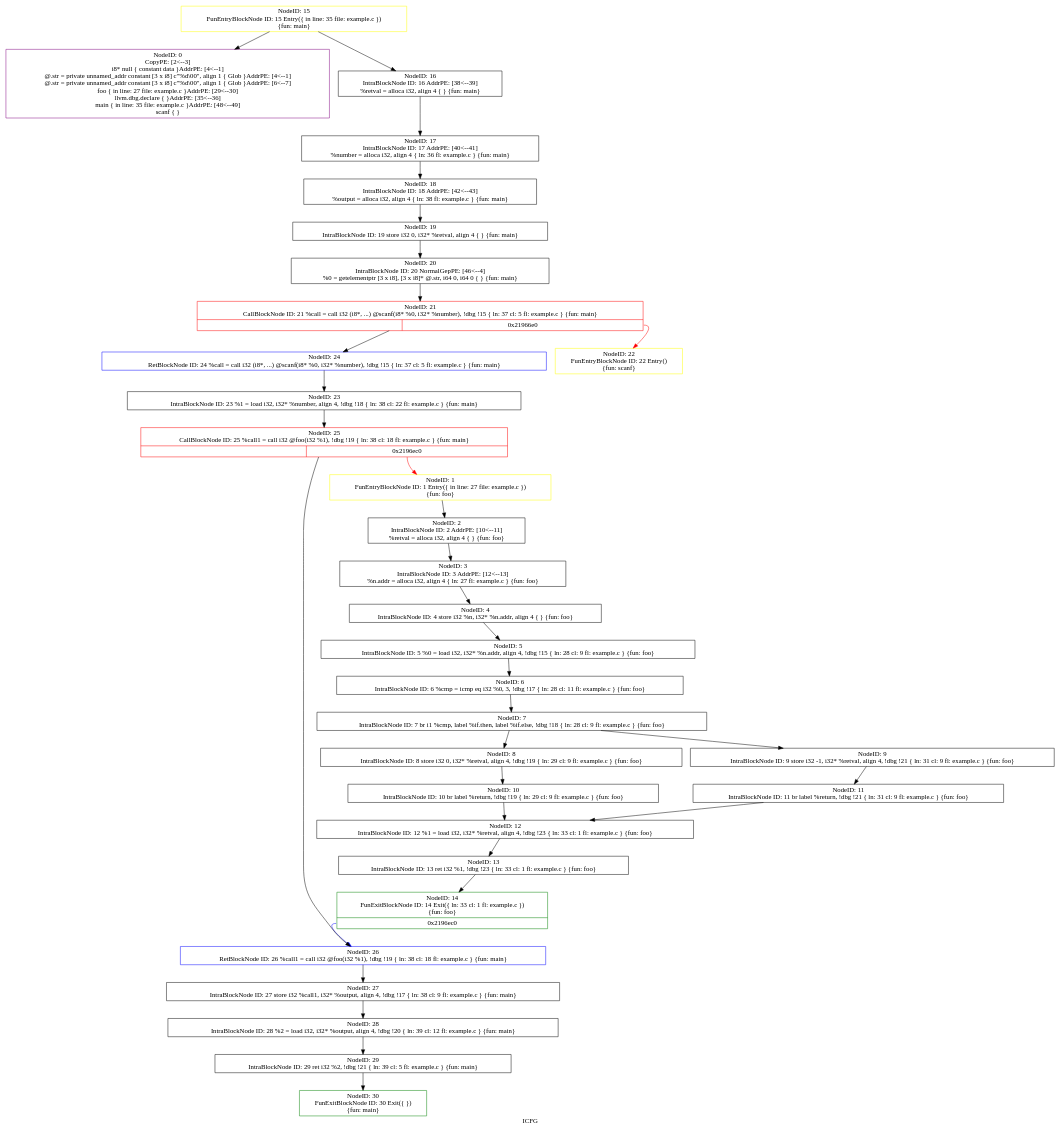
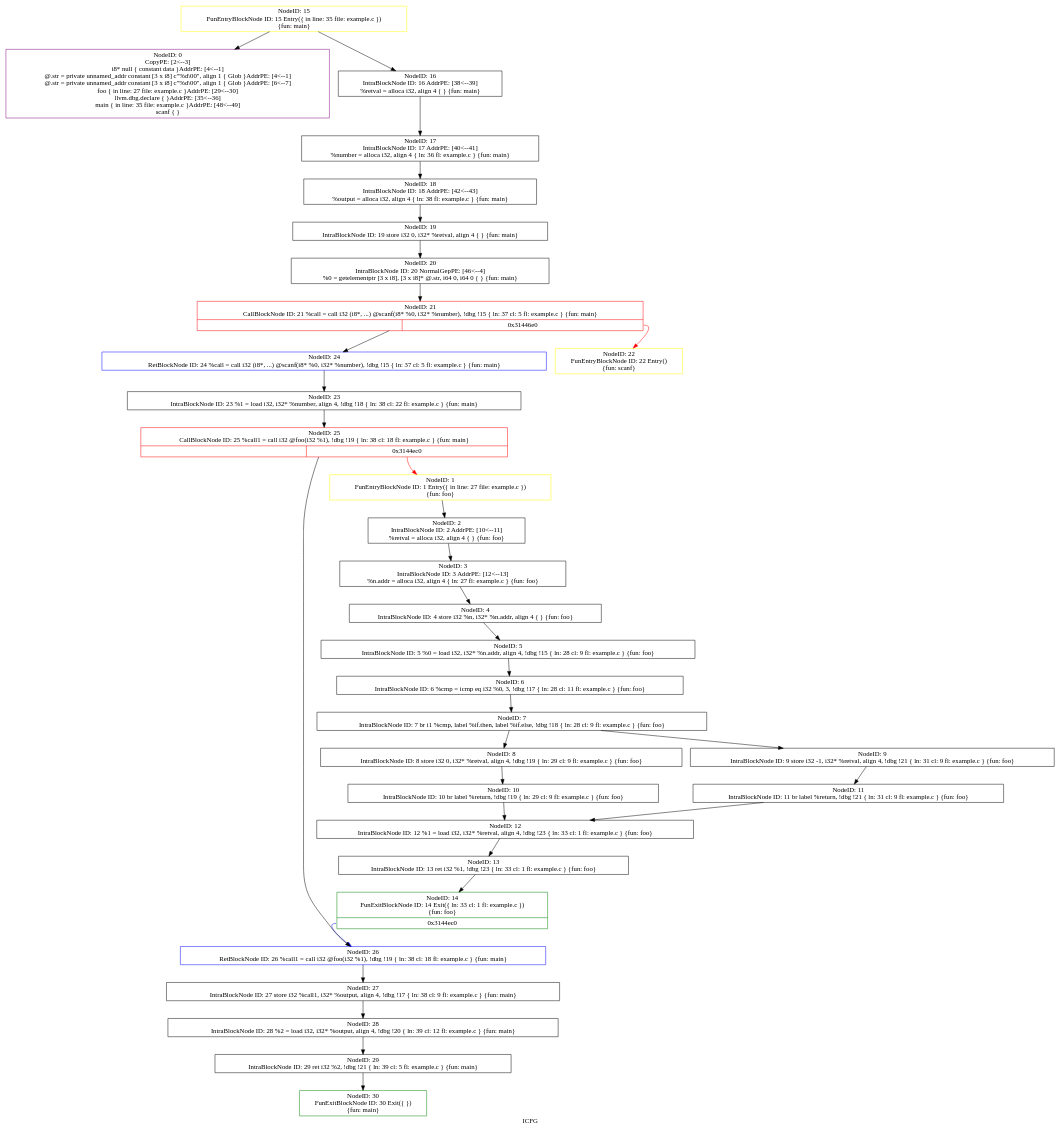
One commit to triciadang/symbolicexecutionsvf changed the diagram in icfg.dot. Above: the diagram before and after it, drawn with Graphviz. The commit also changed 4 other files, not shown here.

Commit message:
Implemented load and icmp for integer variables

```diff
--- a/icfg.dot
+++ b/icfg.dot
@@ -1,67 +1,67 @@
 digraph "ICFG" {
 	label="ICFG";
 
-	Node0x21ab0c0 [shape=record,color=green,label="{NodeID: 30\nFunExitBlockNode ID: 30 Exit(\{  \})\n \{fun: main\}}"];
-	Node0x21aad00 [shape=record,color=black,label="{NodeID: 29\nIntraBlockNode ID: 29      ret i32 %2, !dbg !21 \{ ln: 39  cl: 5  fl: example.c \}    \{fun: main\}}"];
-	Node0x21aad00 -> Node0x21ab0c0[style=solid];
-	Node0x21a8ca0 [shape=record,color=black,label="{NodeID: 12\nIntraBlockNode ID: 12      %1 = load i32, i32* %retval, align 4, !dbg !23 \{ ln: 33  cl: 1  fl: example.c \}    \{fun: foo\}}"];
-	Node0x21a8ca0 -> Node0x21a8f20[style=solid];
-	Node0x21a8ac0 [shape=record,color=black,label="{NodeID: 11\nIntraBlockNode ID: 11      br label %return, !dbg !21 \{ ln: 31  cl: 9  fl: example.c \}    \{fun: foo\}}"];
-	Node0x21a8ac0 -> Node0x21a8ca0[style=solid];
-	Node0x21a88e0 [shape=record,color=black,label="{NodeID: 10\nIntraBlockNode ID: 10      br label %return, !dbg !19 \{ ln: 29  cl: 9  fl: example.c \}    \{fun: foo\}}"];
-	Node0x21a88e0 -> Node0x21a8ca0[style=solid];
-	Node0x21a8700 [shape=record,color=black,label="{NodeID: 9\nIntraBlockNode ID: 9      store i32 -1, i32* %retval, align 4, !dbg !21 \{ ln: 31  cl: 9  fl: example.c \}    \{fun: foo\}}"];
-	Node0x21a8700 -> Node0x21a8ac0[style=solid];
-	Node0x21a8570 [shape=record,color=black,label="{NodeID: 8\nIntraBlockNode ID: 8      store i32 0, i32* %retval, align 4, !dbg !19 \{ ln: 29  cl: 9  fl: example.c \}    \{fun: foo\}}"];
-	Node0x21a8570 -> Node0x21a88e0[style=solid];
-	Node0x21a8430 [shape=record,color=black,label="{NodeID: 7\nIntraBlockNode ID: 7      br i1 %cmp, label %if.then, label %if.else, !dbg !18 \{ ln: 28  cl: 9  fl: example.c \}    \{fun: foo\}}"];
-	Node0x21a8430 -> Node0x21a8570[style=solid];
-	Node0x21a8430 -> Node0x21a8700[style=solid];
-	Node0x21a8310 [shape=record,color=black,label="{NodeID: 6\nIntraBlockNode ID: 6      %cmp = icmp eq i32 %0, 3, !dbg !17 \{ ln: 28  cl: 11  fl: example.c \}    \{fun: foo\}}"];
-	Node0x21a8310 -> Node0x21a8430[style=solid];
-	Node0x21a81f0 [shape=record,color=black,label="{NodeID: 5\nIntraBlockNode ID: 5      %0 = load i32, i32* %n.addr, align 4, !dbg !15 \{ ln: 28  cl: 9  fl: example.c \}    \{fun: foo\}}"];
-	Node0x21a81f0 -> Node0x21a8310[style=solid];
-	Node0x21a80f0 [shape=record,color=black,label="{NodeID: 4\nIntraBlockNode ID: 4      store i32 %n, i32* %n.addr, align 4 \{  \}    \{fun: foo\}}"];
-	Node0x21a80f0 -> Node0x21a81f0[style=solid];
-	Node0x21a7ff0 [shape=record,color=black,label="{NodeID: 3\nIntraBlockNode ID: 3   AddrPE: [12\<--13]  \n   %n.addr = alloca i32, align 4 \{ ln: 27 fl: example.c \} \{fun: foo\}}"];
-	Node0x21a7ff0 -> Node0x21a80f0[style=solid];
-	Node0x21a7dc0 [shape=record,color=black,label="{NodeID: 2\nIntraBlockNode ID: 2   AddrPE: [10\<--11]  \n   %retval = alloca i32, align 4 \{  \} \{fun: foo\}}"];
-	Node0x21a7dc0 -> Node0x21a7ff0[style=solid];
-	Node0x21a7c60 [shape=record,color=yellow,label="{NodeID: 1\nFunEntryBlockNode ID: 1 Entry(\{ in line: 27 file: example.c \})\n \{fun: foo\}}"];
-	Node0x21a7c60 -> Node0x21a7dc0[style=solid];
-	Node0x2198140 [shape=record,color=purple,label="{NodeID: 0\nCopyPE: [2\<--3]  \n i8* null \{ constant data \}AddrPE: [4\<--1]  \n @.str = private unnamed_addr constant [3 x i8] c\"%d\\00\", align 1 \{ Glob  \}AddrPE: [4\<--1]  \n @.str = private unnamed_addr constant [3 x i8] c\"%d\\00\", align 1 \{ Glob  \}AddrPE: [6\<--7]  \n foo \{ in line: 27 file: example.c \}AddrPE: [29\<--30]  \n llvm.dbg.declare \{  \}AddrPE: [35\<--36]  \n main \{ in line: 35 file: example.c \}AddrPE: [48\<--49]  \n scanf \{  \}}"];
-	Node0x21a8f20 [shape=record,color=black,label="{NodeID: 13\nIntraBlockNode ID: 13      ret i32 %1, !dbg !23 \{ ln: 33  cl: 1  fl: example.c \}    \{fun: foo\}}"];
-	Node0x21a8f20 -> Node0x21a91f0[style=solid];
-	Node0x21a91f0 [shape=record,color=green,label="{NodeID: 14\nFunExitBlockNode ID: 14 Exit(\{ ln: 33  cl: 1  fl: example.c \})\n \{fun: foo\}|{<s0>0x2196ec0}}"];
-	Node0x21a91f0:s0 -> Node0x21aa680[style=solid,color=blue];
-	Node0x21a93c0 [shape=record,color=yellow,label="{NodeID: 15\nFunEntryBlockNode ID: 15 Entry(\{ in line: 35 file: example.c \})\n \{fun: main\}}"];
-	Node0x21a93c0 -> Node0x2198140[style=solid];
-	Node0x21a93c0 -> Node0x21a94f0[style=solid];
-	Node0x21a94f0 [shape=record,color=black,label="{NodeID: 16\nIntraBlockNode ID: 16   AddrPE: [38\<--39]  \n   %retval = alloca i32, align 4 \{  \} \{fun: main\}}"];
-	Node0x21a94f0 -> Node0x21a96b0[style=solid];
-	Node0x21a96b0 [shape=record,color=black,label="{NodeID: 17\nIntraBlockNode ID: 17   AddrPE: [40\<--41]  \n   %number = alloca i32, align 4 \{ ln: 36 fl: example.c \} \{fun: main\}}"];
-	Node0x21a96b0 -> Node0x21a9960[style=solid];
-	Node0x21a9960 [shape=record,color=black,label="{NodeID: 18\nIntraBlockNode ID: 18   AddrPE: [42\<--43]  \n   %output = alloca i32, align 4 \{ ln: 38 fl: example.c \} \{fun: main\}}"];
-	Node0x21a9960 -> Node0x21a9b20[style=solid];
-	Node0x21a9b20 [shape=record,color=black,label="{NodeID: 19\nIntraBlockNode ID: 19      store i32 0, i32* %retval, align 4 \{  \}    \{fun: main\}}"];
-	Node0x21a9b20 -> Node0x21a9ce0[style=solid];
-	Node0x21a9ce0 [shape=record,color=black,label="{NodeID: 20\nIntraBlockNode ID: 20   NormalGepPE: [46\<--4]  \n   %0 = getelementptr [3 x i8], [3 x i8]* @.str, i64 0, i64 0 \{  \} \{fun: main\}}"];
-	Node0x21a9ce0 -> Node0x2198ad0[style=solid];
-	Node0x2198ad0 [shape=record,color=red,label="{NodeID: 21\nCallBlockNode ID: 21   %call = call i32 (i8*, ...) @scanf(i8* %0, i32* %number), !dbg !15 \{ ln: 37  cl: 5  fl: example.c \} \{fun: main\}|{|<s1>0x21966e0}}"];
-	Node0x2198ad0 -> Node0x21aa2b0[style=solid];
-	Node0x2198ad0:s1 -> Node0x21a9f00[style=solid,color=red];
-	Node0x21a9f00 [shape=record,color=yellow,label="{NodeID: 22\nFunEntryBlockNode ID: 22 Entry()\n \{fun: scanf\}}"];
-	Node0x21aa190 [shape=record,color=black,label="{NodeID: 23\nIntraBlockNode ID: 23      %1 = load i32, i32* %number, align 4, !dbg !18 \{ ln: 38  cl: 22  fl: example.c \}    \{fun: main\}}"];
-	Node0x21aa190 -> Node0x218ec90[style=solid];
-	Node0x21aa2b0 [shape=record,color=blue,label="{NodeID: 24\nRetBlockNode ID: 24   %call = call i32 (i8*, ...) @scanf(i8* %0, i32* %number), !dbg !15 \{ ln: 37  cl: 5  fl: example.c \} \{fun: main\}}"];
-	Node0x21aa2b0 -> Node0x21aa190[style=solid];
-	Node0x218ec90 [shape=record,color=red,label="{NodeID: 25\nCallBlockNode ID: 25   %call1 = call i32 @foo(i32 %1), !dbg !19 \{ ln: 38  cl: 18  fl: example.c \} \{fun: main\}|{|<s1>0x2196ec0}}"];
-	Node0x218ec90 -> Node0x21aa680[style=solid];
-	Node0x218ec90:s1 -> Node0x21a7c60[style=solid,color=red];
-	Node0x21aa680 [shape=record,color=blue,label="{NodeID: 26\nRetBlockNode ID: 26   %call1 = call i32 @foo(i32 %1), !dbg !19 \{ ln: 38  cl: 18  fl: example.c \} \{fun: main\}}"];
-	Node0x21aa680 -> Node0x21aa8e0[style=solid];
-	Node0x21aa8e0 [shape=record,color=black,label="{NodeID: 27\nIntraBlockNode ID: 27      store i32 %call1, i32* %output, align 4, !dbg !17 \{ ln: 38  cl: 9  fl: example.c \}    \{fun: main\}}"];
-	Node0x21aa8e0 -> Node0x21aab40[style=solid];
-	Node0x21aab40 [shape=record,color=black,label="{NodeID: 28\nIntraBlockNode ID: 28      %2 = load i32, i32* %output, align 4, !dbg !20 \{ ln: 39  cl: 12  fl: example.c \}    \{fun: main\}}"];
-	Node0x21aab40 -> Node0x21aad00[style=solid];
+	Node0x31590c0 [shape=record,color=green,label="{NodeID: 30\nFunExitBlockNode ID: 30 Exit(\{  \})\n \{fun: main\}}"];
+	Node0x3158d00 [shape=record,color=black,label="{NodeID: 29\nIntraBlockNode ID: 29      ret i32 %2, !dbg !21 \{ ln: 39  cl: 5  fl: example.c \}    \{fun: main\}}"];
+	Node0x3158d00 -> Node0x31590c0[style=solid];
+	Node0x3156ca0 [shape=record,color=black,label="{NodeID: 12\nIntraBlockNode ID: 12      %1 = load i32, i32* %retval, align 4, !dbg !23 \{ ln: 33  cl: 1  fl: example.c \}    \{fun: foo\}}"];
+	Node0x3156ca0 -> Node0x3156f20[style=solid];
+	Node0x3156ac0 [shape=record,color=black,label="{NodeID: 11\nIntraBlockNode ID: 11      br label %return, !dbg !21 \{ ln: 31  cl: 9  fl: example.c \}    \{fun: foo\}}"];
+	Node0x3156ac0 -> Node0x3156ca0[style=solid];
+	Node0x31568e0 [shape=record,color=black,label="{NodeID: 10\nIntraBlockNode ID: 10      br label %return, !dbg !19 \{ ln: 29  cl: 9  fl: example.c \}    \{fun: foo\}}"];
+	Node0x31568e0 -> Node0x3156ca0[style=solid];
+	Node0x3156700 [shape=record,color=black,label="{NodeID: 9\nIntraBlockNode ID: 9      store i32 -1, i32* %retval, align 4, !dbg !21 \{ ln: 31  cl: 9  fl: example.c \}    \{fun: foo\}}"];
+	Node0x3156700 -> Node0x3156ac0[style=solid];
+	Node0x3156570 [shape=record,color=black,label="{NodeID: 8\nIntraBlockNode ID: 8      store i32 0, i32* %retval, align 4, !dbg !19 \{ ln: 29  cl: 9  fl: example.c \}    \{fun: foo\}}"];
+	Node0x3156570 -> Node0x31568e0[style=solid];
+	Node0x3156430 [shape=record,color=black,label="{NodeID: 7\nIntraBlockNode ID: 7      br i1 %cmp, label %if.then, label %if.else, !dbg !18 \{ ln: 28  cl: 9  fl: example.c \}    \{fun: foo\}}"];
+	Node0x3156430 -> Node0x3156570[style=solid];
+	Node0x3156430 -> Node0x3156700[style=solid];
+	Node0x3156310 [shape=record,color=black,label="{NodeID: 6\nIntraBlockNode ID: 6      %cmp = icmp eq i32 %0, 3, !dbg !17 \{ ln: 28  cl: 11  fl: example.c \}    \{fun: foo\}}"];
+	Node0x3156310 -> Node0x3156430[style=solid];
+	Node0x31561f0 [shape=record,color=black,label="{NodeID: 5\nIntraBlockNode ID: 5      %0 = load i32, i32* %n.addr, align 4, !dbg !15 \{ ln: 28  cl: 9  fl: example.c \}    \{fun: foo\}}"];
+	Node0x31561f0 -> Node0x3156310[style=solid];
+	Node0x31560f0 [shape=record,color=black,label="{NodeID: 4\nIntraBlockNode ID: 4      store i32 %n, i32* %n.addr, align 4 \{  \}    \{fun: foo\}}"];
+	Node0x31560f0 -> Node0x31561f0[style=solid];
+	Node0x3155ff0 [shape=record,color=black,label="{NodeID: 3\nIntraBlockNode ID: 3   AddrPE: [12\<--13]  \n   %n.addr = alloca i32, align 4 \{ ln: 27 fl: example.c \} \{fun: foo\}}"];
+	Node0x3155ff0 -> Node0x31560f0[style=solid];
+	Node0x3155dc0 [shape=record,color=black,label="{NodeID: 2\nIntraBlockNode ID: 2   AddrPE: [10\<--11]  \n   %retval = alloca i32, align 4 \{  \} \{fun: foo\}}"];
+	Node0x3155dc0 -> Node0x3155ff0[style=solid];
+	Node0x3155c60 [shape=record,color=yellow,label="{NodeID: 1\nFunEntryBlockNode ID: 1 Entry(\{ in line: 27 file: example.c \})\n \{fun: foo\}}"];
+	Node0x3155c60 -> Node0x3155dc0[style=solid];
+	Node0x3146140 [shape=record,color=purple,label="{NodeID: 0\nCopyPE: [2\<--3]  \n i8* null \{ constant data \}AddrPE: [4\<--1]  \n @.str = private unnamed_addr constant [3 x i8] c\"%d\\00\", align 1 \{ Glob  \}AddrPE: [4\<--1]  \n @.str = private unnamed_addr constant [3 x i8] c\"%d\\00\", align 1 \{ Glob  \}AddrPE: [6\<--7]  \n foo \{ in line: 27 file: example.c \}AddrPE: [29\<--30]  \n llvm.dbg.declare \{  \}AddrPE: [35\<--36]  \n main \{ in line: 35 file: example.c \}AddrPE: [48\<--49]  \n scanf \{  \}}"];
+	Node0x3156f20 [shape=record,color=black,label="{NodeID: 13\nIntraBlockNode ID: 13      ret i32 %1, !dbg !23 \{ ln: 33  cl: 1  fl: example.c \}    \{fun: foo\}}"];
+	Node0x3156f20 -> Node0x31571f0[style=solid];
+	Node0x31571f0 [shape=record,color=green,label="{NodeID: 14\nFunExitBlockNode ID: 14 Exit(\{ ln: 33  cl: 1  fl: example.c \})\n \{fun: foo\}|{<s0>0x3144ec0}}"];
+	Node0x31571f0:s0 -> Node0x3158680[style=solid,color=blue];
+	Node0x31573c0 [shape=record,color=yellow,label="{NodeID: 15\nFunEntryBlockNode ID: 15 Entry(\{ in line: 35 file: example.c \})\n \{fun: main\}}"];
+	Node0x31573c0 -> Node0x3146140[style=solid];
+	Node0x31573c0 -> Node0x31574f0[style=solid];
+	Node0x31574f0 [shape=record,color=black,label="{NodeID: 16\nIntraBlockNode ID: 16   AddrPE: [38\<--39]  \n   %retval = alloca i32, align 4 \{  \} \{fun: main\}}"];
+	Node0x31574f0 -> Node0x31576b0[style=solid];
+	Node0x31576b0 [shape=record,color=black,label="{NodeID: 17\nIntraBlockNode ID: 17   AddrPE: [40\<--41]  \n   %number = alloca i32, align 4 \{ ln: 36 fl: example.c \} \{fun: main\}}"];
+	Node0x31576b0 -> Node0x3157960[style=solid];
+	Node0x3157960 [shape=record,color=black,label="{NodeID: 18\nIntraBlockNode ID: 18   AddrPE: [42\<--43]  \n   %output = alloca i32, align 4 \{ ln: 38 fl: example.c \} \{fun: main\}}"];
+	Node0x3157960 -> Node0x3157b20[style=solid];
+	Node0x3157b20 [shape=record,color=black,label="{NodeID: 19\nIntraBlockNode ID: 19      store i32 0, i32* %retval, align 4 \{  \}    \{fun: main\}}"];
+	Node0x3157b20 -> Node0x3157ce0[style=solid];
+	Node0x3157ce0 [shape=record,color=black,label="{NodeID: 20\nIntraBlockNode ID: 20   NormalGepPE: [46\<--4]  \n   %0 = getelementptr [3 x i8], [3 x i8]* @.str, i64 0, i64 0 \{  \} \{fun: main\}}"];
+	Node0x3157ce0 -> Node0x3146ad0[style=solid];
+	Node0x3146ad0 [shape=record,color=red,label="{NodeID: 21\nCallBlockNode ID: 21   %call = call i32 (i8*, ...) @scanf(i8* %0, i32* %number), !dbg !15 \{ ln: 37  cl: 5  fl: example.c \} \{fun: main\}|{|<s1>0x31446e0}}"];
+	Node0x3146ad0 -> Node0x31582b0[style=solid];
+	Node0x3146ad0:s1 -> Node0x3157f00[style=solid,color=red];
+	Node0x3157f00 [shape=record,color=yellow,label="{NodeID: 22\nFunEntryBlockNode ID: 22 Entry()\n \{fun: scanf\}}"];
+	Node0x3158190 [shape=record,color=black,label="{NodeID: 23\nIntraBlockNode ID: 23      %1 = load i32, i32* %number, align 4, !dbg !18 \{ ln: 38  cl: 22  fl: example.c \}    \{fun: main\}}"];
+	Node0x3158190 -> Node0x313cc90[style=solid];
+	Node0x31582b0 [shape=record,color=blue,label="{NodeID: 24\nRetBlockNode ID: 24   %call = call i32 (i8*, ...) @scanf(i8* %0, i32* %number), !dbg !15 \{ ln: 37  cl: 5  fl: example.c \} \{fun: main\}}"];
+	Node0x31582b0 -> Node0x3158190[style=solid];
+	Node0x313cc90 [shape=record,color=red,label="{NodeID: 25\nCallBlockNode ID: 25   %call1 = call i32 @foo(i32 %1), !dbg !19 \{ ln: 38  cl: 18  fl: example.c \} \{fun: main\}|{|<s1>0x3144ec0}}"];
+	Node0x313cc90 -> Node0x3158680[style=solid];
+	Node0x313cc90:s1 -> Node0x3155c60[style=solid,color=red];
+	Node0x3158680 [shape=record,color=blue,label="{NodeID: 26\nRetBlockNode ID: 26   %call1 = call i32 @foo(i32 %1), !dbg !19 \{ ln: 38  cl: 18  fl: example.c \} \{fun: main\}}"];
+	Node0x3158680 -> Node0x31588e0[style=solid];
+	Node0x31588e0 [shape=record,color=black,label="{NodeID: 27\nIntraBlockNode ID: 27      store i32 %call1, i32* %output, align 4, !dbg !17 \{ ln: 38  cl: 9  fl: example.c \}    \{fun: main\}}"];
+	Node0x31588e0 -> Node0x3158b40[style=solid];
+	Node0x3158b40 [shape=record,color=black,label="{NodeID: 28\nIntraBlockNode ID: 28      %2 = load i32, i32* %output, align 4, !dbg !20 \{ ln: 39  cl: 12  fl: example.c \}    \{fun: main\}}"];
+	Node0x3158b40 -> Node0x3158d00[style=solid];
 }
```
